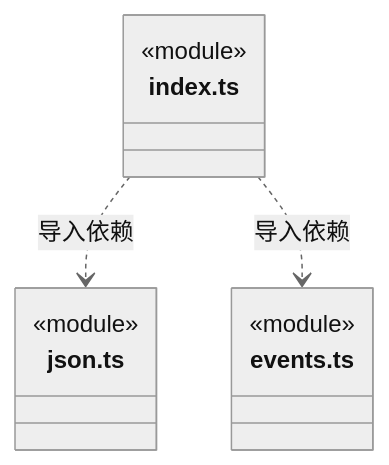
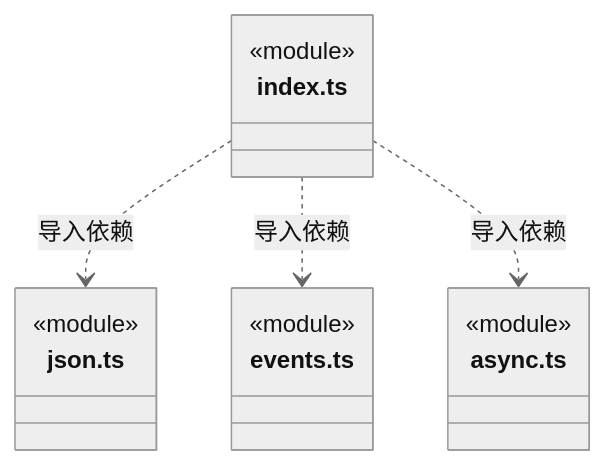
Before and after one commit to nan023062/cbim: the fifth of 5 diagrams in src/frontend/foundations/utility/ARCHITECTURE.md, drawn with Mermaid (neutral theme). The commit also changed other lines of this file and 40 other files, not shown here.

Commit message:
refactor(frontend): extract instance async generation utility

````diff
--- a/src/frontend/foundations/utility/ARCHITECTURE.md
+++ b/src/frontend/foundations/utility/ARCHITECTURE.md
@@ -60,14 +78,18 @@
 ```mermaid
 classDiagram
 class N_src_frontend_foundations_utility_index_ts["index.ts"] {
   <<module>>
 }
 class N_src_frontend_foundations_utility_json_ts["json.ts"] {
   <<module>>
 }
 class N_src_frontend_foundations_utility_events_ts["events.ts"] {
   <<module>>
 }
+class N_src_frontend_foundations_utility_async_ts["async.ts"] {
+  <<module>>
+}
 N_src_frontend_foundations_utility_index_ts ..> N_src_frontend_foundations_utility_json_ts : 导入依赖
 N_src_frontend_foundations_utility_index_ts ..> N_src_frontend_foundations_utility_events_ts : 导入依赖
+N_src_frontend_foundations_utility_index_ts ..> N_src_frontend_foundations_utility_async_ts : 导入依赖
 ```
````
